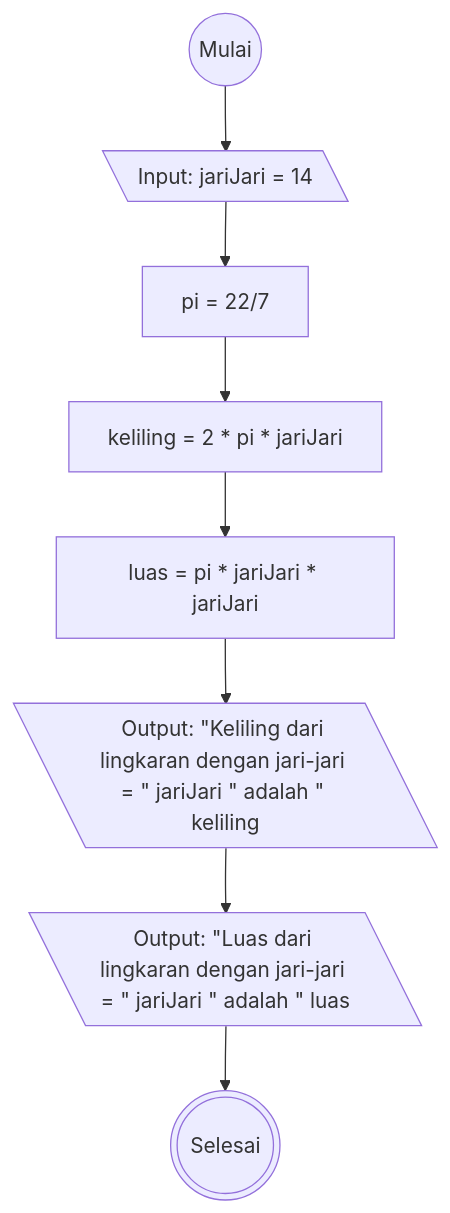
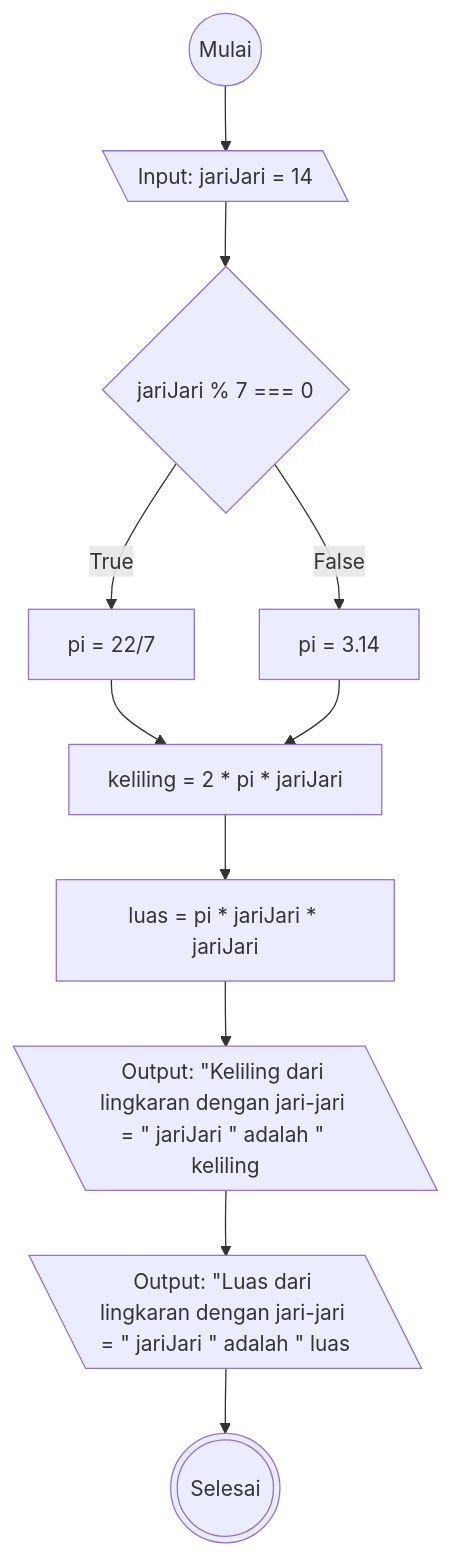
One commit to rezafauzan/koda-b6-javascript1 changed the diagram in README.md. Above: the diagram before and after it, drawn with Mermaid. The commit also changed 1 other file, not shown here.

Commit message:
Update: add condition to decide pi will be 22/7 or 3.14

````diff
--- a/README.md
+++ b/README.md
@@ -4,14 +4,19 @@
 ```mermaid
 flowchart TD
 
 start@{"shape": circle, "label": "Mulai"}
 jarijari@{"shape": lean-l, "label":"Input: jariJari = 14"}
-pi@{"shape": rectangle, "label": pi = 22/7}
+isjariJariMultipleSeven@{"shape": diamond, "label": "jariJari % 7 === 0"}
+pi227@{"shape": rectangle, "label": pi = 22/7}
+circumference@{"shape": rectangle, "label": keliling = 2 * pi * jariJari}
+pi314@{"shape": rectangle, "label": pi = 3.14}
 circumference@{"shape": rectangle, "label": keliling = 2 * pi * jariJari}
 area@{"shape": rectangle, "label": luas = pi * jariJari * jariJari}
 circumferenceOutput@{"shape": lean-l, "label": "Output: #quot;Keliling dari lingkaran dengan jari-jari = #quot; jariJari #quot; adalah #quot; keliling"}
 areaOutput@{"shape": lean-l, "label": "Output: #quot;Luas dari lingkaran dengan jari-jari = #quot; jariJari #quot; adalah #quot; luas"}
 stop@{"shape": dbl-circ, "label": "Selesai"}
 
-start-->jarijari-->pi-->circumference-->area-->circumferenceOutput-->areaOutput-->stop
+start-->jarijari-->isjariJariMultipleSeven--True-->pi227-->circumference-->area-->circumferenceOutput-->areaOutput-->stop
+
+isjariJariMultipleSeven--False-->pi314-->circumference
 ```
````
